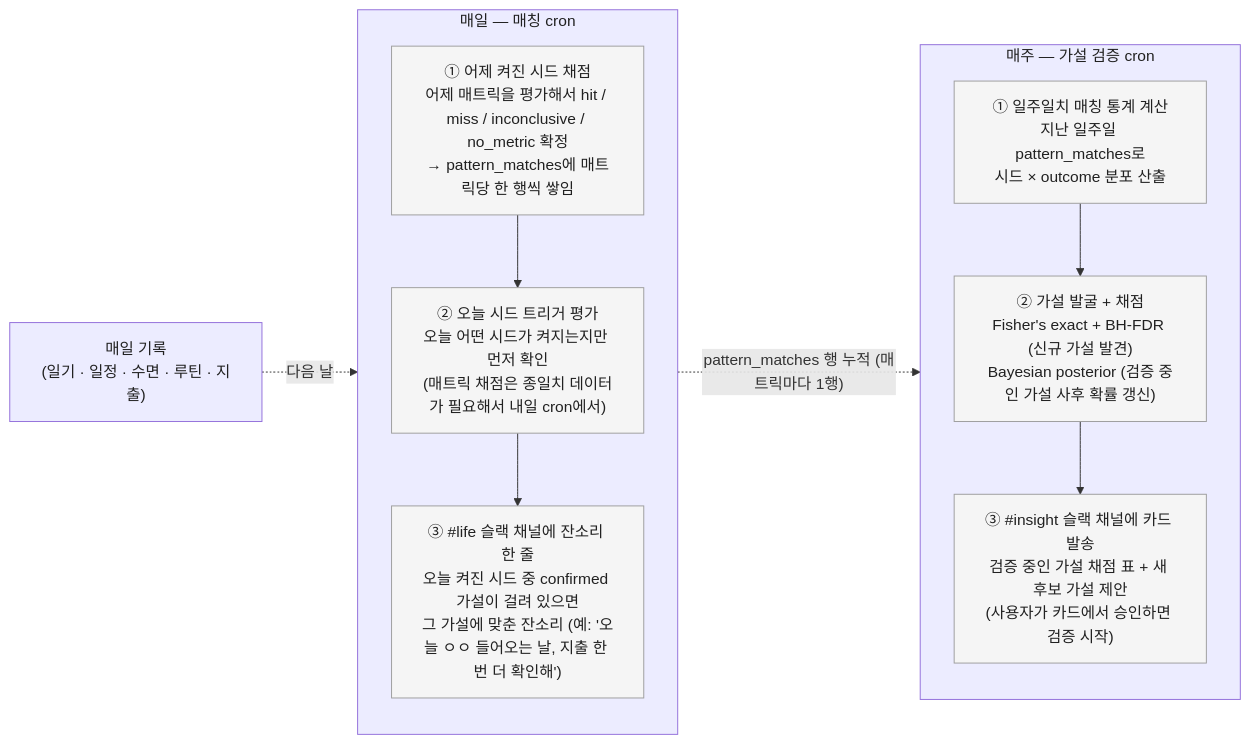
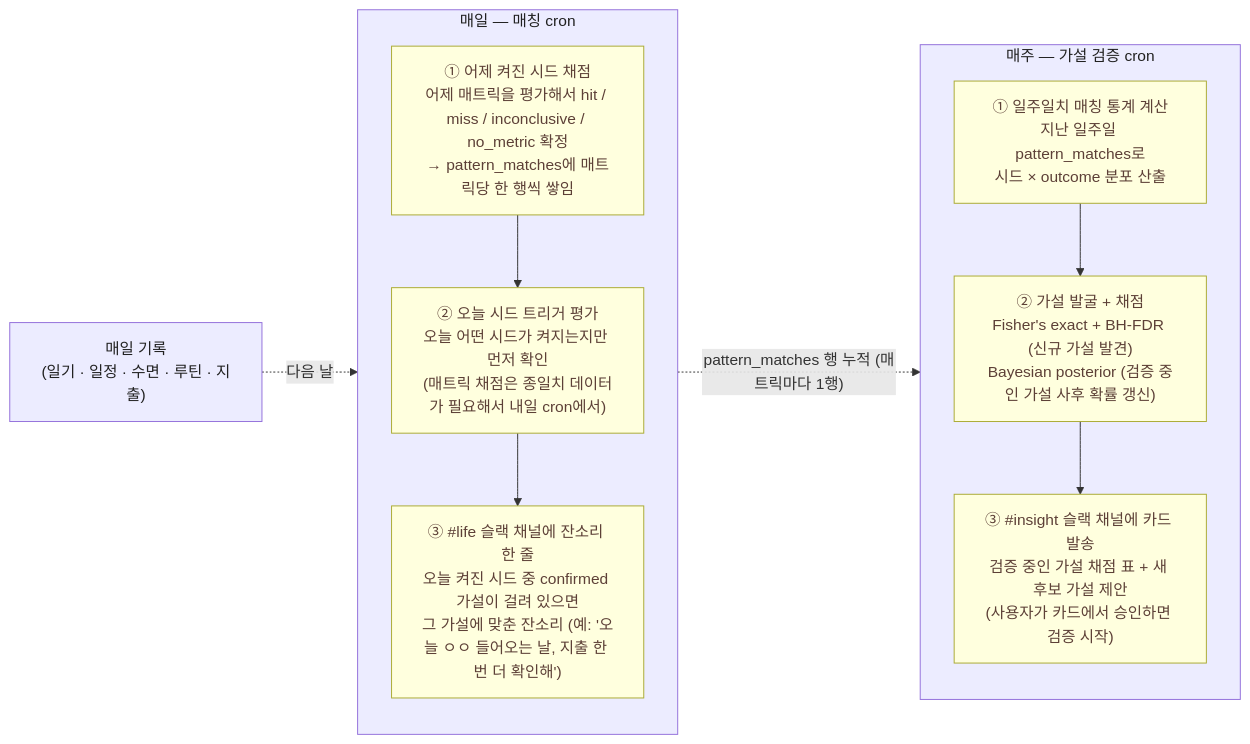
One commit to hyewon3938/slack-ai-agents changed the first of 9 diagrams in docs/explainers/insight-v2.md. Above: the diagram before and after it, drawn with Mermaid.

Commit message:
docs(insight): 흐름 박스 내부 색 회색 → 연노랑 (mermaid 기본 톤)
§4 첫 도식의 DAILY/WEEKLY 안 ①②③ 노드를 회색 #F5F5F5에서
mermaid 기본 subgraph 톤 #FFFFDE(연노랑)로. 보라 외부 + 노랑 내부
= 가설 lifecycle 도식과 같은 익숙한 mermaid default 조합.

````diff
--- a/docs/explainers/insight-v2.md
+++ b/docs/explainers/insight-v2.md
@@ -92,29 +92,29 @@
 ```mermaid
 flowchart LR
   REC["매일 기록<br/>(일기 · 일정 · 수면 · 루틴 · 지출)"]
 
   subgraph DAILY["매일 — 매칭 cron"]
     direction TB
     D1["① 어제 켜진 시드 채점<br/>어제 매트릭을 평가해서 hit / miss / inconclusive / no_metric 확정<br/>→ pattern_matches에 매트릭당 한 행씩 쌓임"]
     D2["② 오늘 시드 트리거 평가<br/>오늘 어떤 시드가 켜지는지만 먼저 확인<br/>(매트릭 채점은 종일치 데이터가 필요해서 내일 cron에서)"]
     D3["③ #life 슬랙 채널에 잔소리 한 줄<br/>오늘 켜진 시드 중 confirmed 가설이 걸려 있으면<br/>그 가설에 맞춘 잔소리 (예: '오늘 ㅇㅇ 들어오는 날, 지출 한 번 더 확인해')"]
     D1 --> D2 --> D3
   end
 
   subgraph WEEKLY["매주 — 가설 검증 cron"]
     direction TB
     W1["① 일주일치 매칭 통계 계산<br/>지난 일주일 pattern_matches로<br/>시드 × outcome 분포 산출"]
     W2["② 가설 발굴 + 채점<br/>Fisher's exact + BH-FDR (신규 가설 발견)<br/>Bayesian posterior (검증 중인 가설 사후 확률 갱신)"]
     W3["③ #insight 슬랙 채널에 카드 발송<br/>검증 중인 가설 채점 표 + 새 후보 가설 제안<br/>(사용자가 카드에서 승인하면 검증 시작)"]
     W1 --> W2 --> W3
   end
 
   REC -. 다음 날 .-> DAILY
   DAILY -. "pattern_matches 행 누적 (매트릭마다 1행)" .-> WEEKLY
 
   classDef flowBox fill:#ECECFF,stroke:#9370DB,color:#212121
-  classDef flowInner fill:#F5F5F5,stroke:#9E9E9E,color:#212121
+  classDef flowInner fill:#FFFFDE,stroke:#aaaa33,color:#5d4037
   class REC flowBox
   class DAILY,WEEKLY flowBox
   class D1,D2,D3,W1,W2,W3 flowInner
 ```
````
